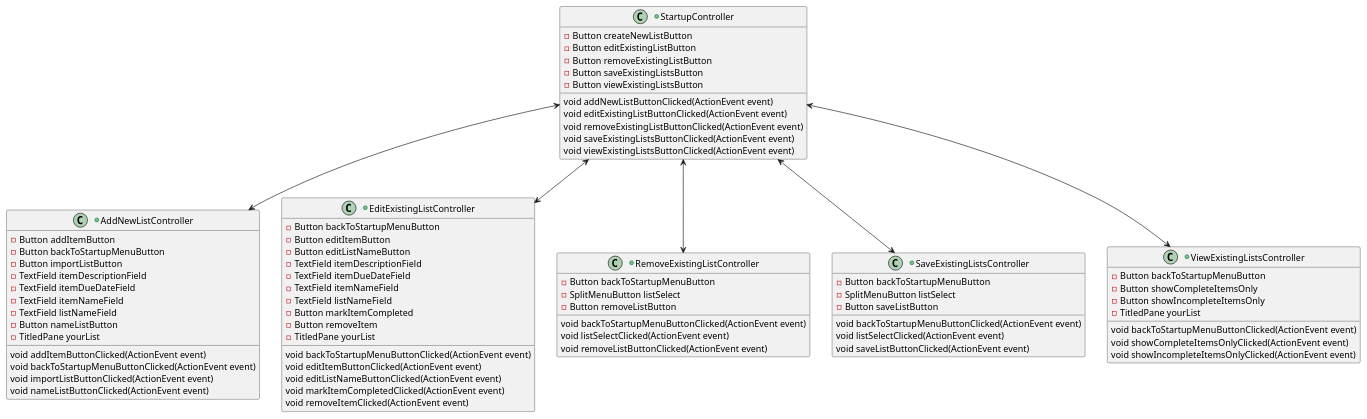
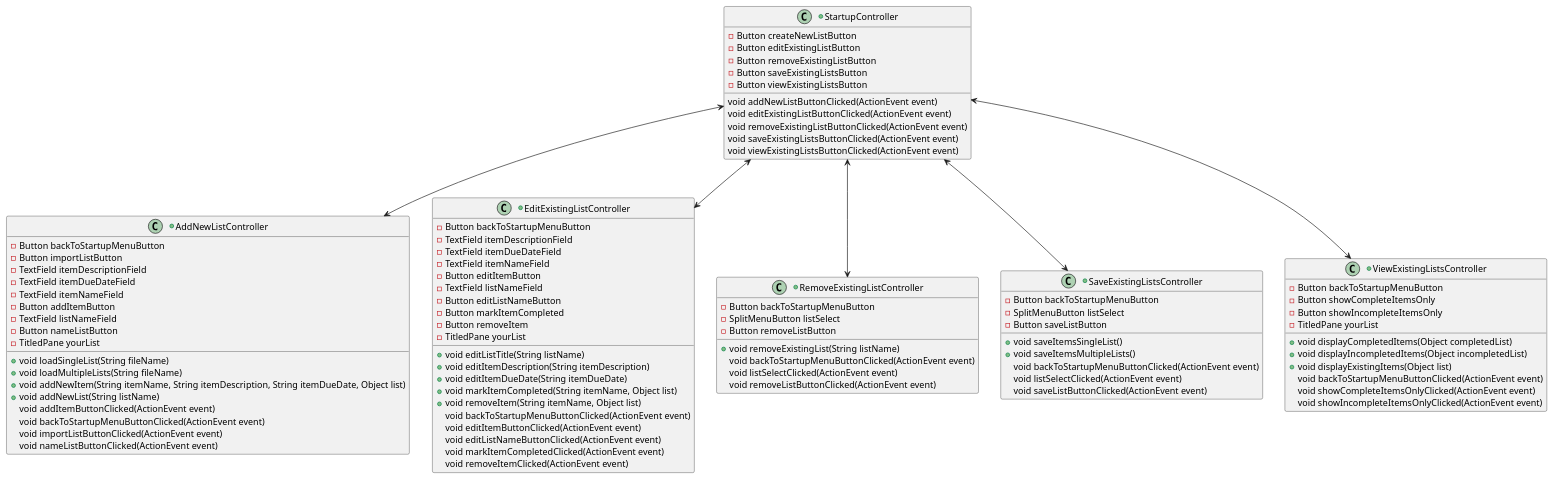
Before and after one commit to RachelCameron/cameron-cop3330-assignment4: the diagram in uml/ClassDiagram.puml, drawn with PlantUML.

Commit message:
PlantUML Diagram w/ Formatting

```diff
--- a/uml/ClassDiagram.puml
+++ b/uml/ClassDiagram.puml
@@ -1,84 +1,99 @@
 @startuml
 
 +class StartupController{
 -Button createNewListButton
 -Button editExistingListButton
 -Button removeExistingListButton
 -Button saveExistingListsButton
 -Button viewExistingListsButton
 void addNewListButtonClicked(ActionEvent event)
 void editExistingListButtonClicked(ActionEvent event)
 void removeExistingListButtonClicked(ActionEvent event)
 void saveExistingListsButtonClicked(ActionEvent event)
 void viewExistingListsButtonClicked(ActionEvent event)
 }
 
 +class AddNewListController{
--Button addItemButton
++void loadSingleList(String fileName)
++void loadMultipleLists(String fileName)
++void addNewItem(String itemName, String itemDescription, String itemDueDate, Object list)
++void addNewList(String listName)
 -Button backToStartupMenuButton
 -Button importListButton
 -TextField itemDescriptionField
 -TextField itemDueDateField
 -TextField itemNameField
+-Button addItemButton
 -TextField listNameField
 -Button nameListButton
 -TitledPane yourList
 void addItemButtonClicked(ActionEvent event)
 void backToStartupMenuButtonClicked(ActionEvent event)
 void importListButtonClicked(ActionEvent event)
 void nameListButtonClicked(ActionEvent event)
 }
 
 +class EditExistingListController{
++void editListTitle(String listName)
++void editItemDescription(String itemDescription)
++void editItemDueDate(String itemDueDate)
++void markItemCompleted(String itemName, Object list)
++void removeItem(String itemName, Object list)
 -Button backToStartupMenuButton
--Button editItemButton
--Button editListNameButton
 -TextField itemDescriptionField
 -TextField itemDueDateField
 -TextField itemNameField
+-Button editItemButton
 -TextField listNameField
+-Button editListNameButton
 -Button markItemCompleted
 -Button removeItem
 -TitledPane yourList
 void backToStartupMenuButtonClicked(ActionEvent event)
 void editItemButtonClicked(ActionEvent event)
 void editListNameButtonClicked(ActionEvent event)
 void markItemCompletedClicked(ActionEvent event)
 void removeItemClicked(ActionEvent event)
 }
 
 +class RemoveExistingListController{
++void removeExistingList(String listName)
 -Button backToStartupMenuButton
 -SplitMenuButton listSelect
 -Button removeListButton
 void backToStartupMenuButtonClicked(ActionEvent event)
 void listSelectClicked(ActionEvent event)
 void removeListButtonClicked(ActionEvent event)
 }
 
 +class SaveExistingListsController{
++void saveItemsSingleList()
++void saveItemsMultipleLists()
 -Button backToStartupMenuButton
 -SplitMenuButton listSelect
 -Button saveListButton
 void backToStartupMenuButtonClicked(ActionEvent event)
 void listSelectClicked(ActionEvent event)
 void saveListButtonClicked(ActionEvent event)
 }
 
 +class ViewExistingListsController{
++void displayCompletedItems(Object completedList)
++void displayIncompletedItems(Object incompletedList)
++void displayExistingItems(Object list)
 -Button backToStartupMenuButton
 -Button showCompleteItemsOnly
 -Button showIncompleteItemsOnly
 -TitledPane yourList
 void backToStartupMenuButtonClicked(ActionEvent event)
 void showCompleteItemsOnlyClicked(ActionEvent event)
 void showIncompleteItemsOnlyClicked(ActionEvent event)
 }
 
 StartupController<-->AddNewListController
 StartupController<-->EditExistingListController
 StartupController<-->RemoveExistingListController
 StartupController<-->SaveExistingListsController
 StartupController<-->ViewExistingListsController
 
 @enduml
```
